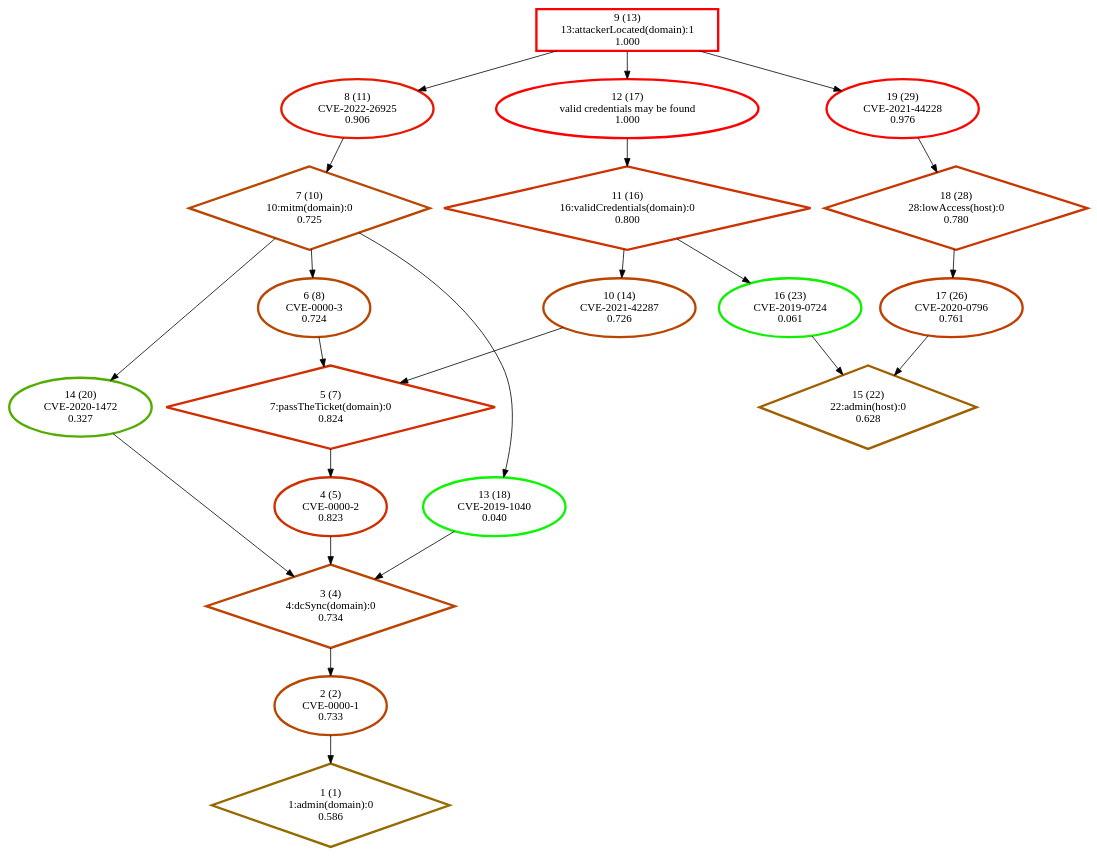
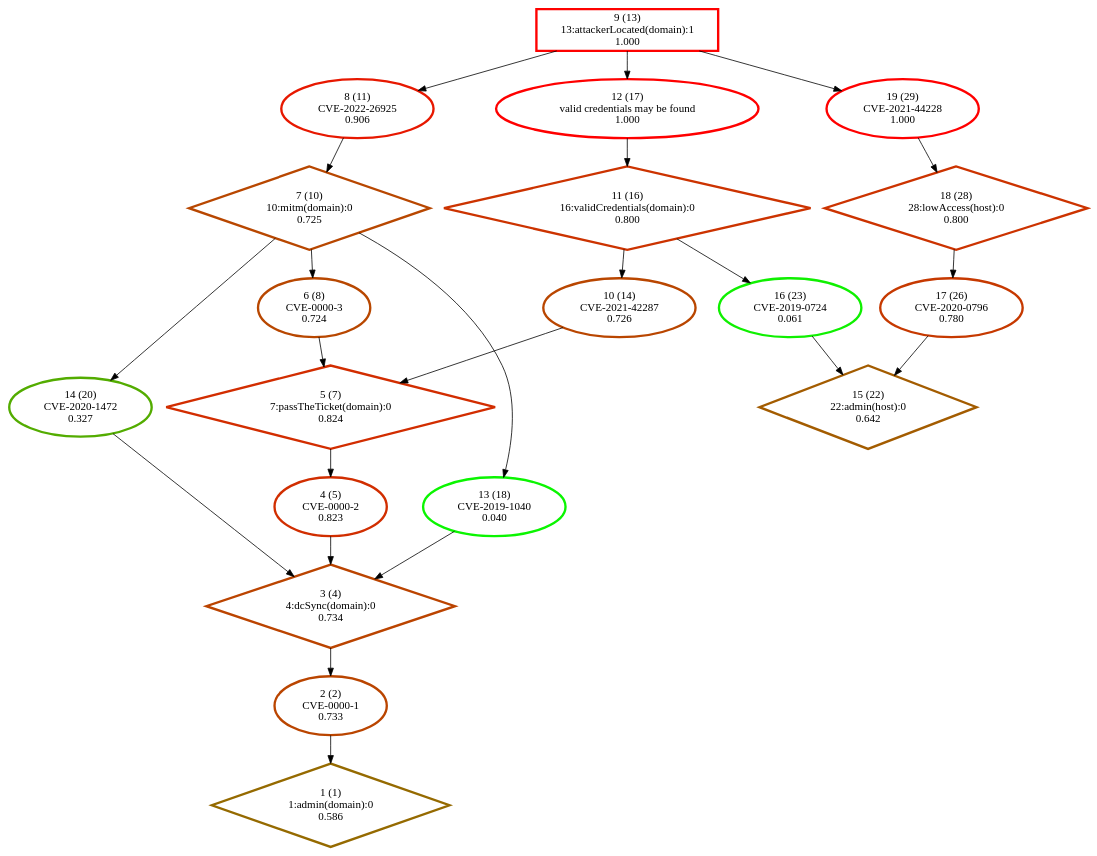
One commit to NathanaeldeLaChesnais/attacker_profiling_for_BAG_with_honeypots changed the diagram in Personnal_simulations/output_selection/strongly_connected_components/BAG_ref.dot. Above: the diagram before and after it, drawn with Graphviz. The commit also changed 3 other files, not shown here.

```diff
--- a/Personnal_simulations/output_selection/strongly_connected_components/BAG_ref.dot
+++ b/Personnal_simulations/output_selection/strongly_connected_components/BAG_ref.dot
@@ -1,43 +1,43 @@
 digraph G {
   1 [label="1 (1)\n1:admin(domain):0\n0.586", color="#956A00", penwidth=3, shape="diamond"];
   2 [label="2 (2)\nCVE-0000-1\n0.733", color="#BA4500", penwidth=3, shape="ellipse"];
   3 [label="3 (4)\n4:dcSync(domain):0\n0.734", color="#BB4400", penwidth=3, shape="diamond"];
   4 [label="4 (5)\nCVE-0000-2\n0.823", color="#D12E00", penwidth=3, shape="ellipse"];
   5 [label="5 (7)\n7:passTheTicket(domain):0\n0.824", color="#D22D00", penwidth=3, shape="diamond"];
   6 [label="6 (8)\nCVE-0000-3\n0.724", color="#B84700", penwidth=3, shape="ellipse"];
   7 [label="7 (10)\n10:mitm(domain):0\n0.725", color="#B84700", penwidth=3, shape="diamond"];
   8 [label="8 (11)\nCVE-2022-26925\n0.906", color="#E71800", penwidth=3, shape="ellipse"];
-  9 [label="9 (13)\n13:attackerLocated(domain):1\n1.000", color="#FF0000", penwidth=3, shape="box"];
+  9 [label="9 (13)\n13:attackerLocated(domain):1\n1.000", color="#FE0100", penwidth=3, shape="box"];
   10 [label="10 (14)\nCVE-2021-42287\n0.726", color="#B94600", penwidth=3, shape="ellipse"];
   11 [label="11 (16)\n16:validCredentials(domain):0\n0.800", color="#CC3300", penwidth=3, shape="diamond"];
   12 [label="12 (17)\nvalid credentials may be found\n1.000", color="#FF0000", penwidth=3, shape="ellipse"];
   13 [label="13 (18)\nCVE-2019-1040\n0.040", color="#0AF500", penwidth=3, shape="ellipse"];
   14 [label="14 (20)\nCVE-2020-1472\n0.327", color="#53AC00", penwidth=3, shape="ellipse"];
-  15 [label="15 (22)\n22:admin(host):0\n0.628", color="#A05F00", penwidth=3, shape="diamond"];
+  15 [label="15 (22)\n22:admin(host):0\n0.642", color="#A35C00", penwidth=3, shape="diamond"];
   16 [label="16 (23)\nCVE-2019-0724\n0.061", color="#0FF000", penwidth=3, shape="ellipse"];
-  17 [label="17 (26)\nCVE-2020-0796\n0.761", color="#C23D00", penwidth=3, shape="ellipse"];
-  18 [label="18 (28)\n28:lowAccess(host):0\n0.780", color="#C73800", penwidth=3, shape="diamond"];
-  19 [label="19 (29)\nCVE-2021-44228\n0.976", color="#F80700", penwidth=3, shape="ellipse"];
+  17 [label="17 (26)\nCVE-2020-0796\n0.780", color="#C63900", penwidth=3, shape="ellipse"];
+  18 [label="18 (28)\n28:lowAccess(host):0\n0.800", color="#CC3300", penwidth=3, shape="diamond"];
+  19 [label="19 (29)\nCVE-2021-44228\n1.000", color="#FF0000", penwidth=3, shape="ellipse"];
   "9" -> "8";
   "9" -> "12";
   "9" -> "19";
   "8" -> "7";
   "7" -> "6";
   "7" -> "13";
   "7" -> "14";
   "6" -> "5";
   "5" -> "4";
   "12" -> "11";
   "11" -> "10";
   "11" -> "16";
   "10" -> "5";
   "4" -> "3";
   "3" -> "2";
   "13" -> "3";
   "14" -> "3";
   "2" -> "1";
   "16" -> "15";
   "19" -> "18";
   "18" -> "17";
   "17" -> "15";
 }
```
